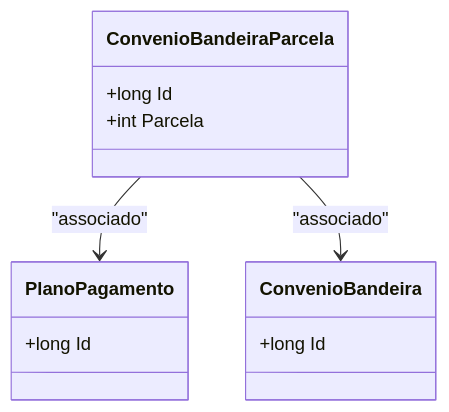
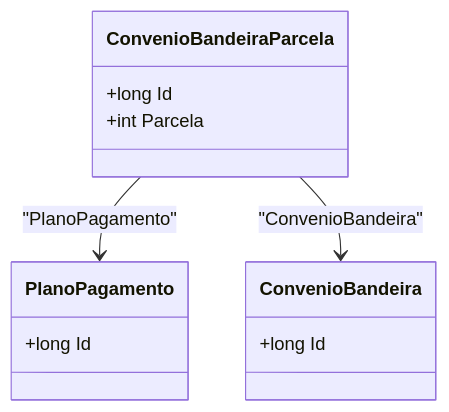
One commit to IsthmusSistemas/documentacao-tecnica changed the diagram in docs/b2b-dominio/IsthmusWinthor.Nucleo/IsthmusWinthor.Dominio/Entidades/ConvenioBandeiraParcela.md. Above: the diagram before and after it, drawn with Mermaid. The commit also changed other lines of this file and 882 other files, not shown here.

````diff
--- a/docs/b2b-dominio/IsthmusWinthor.Nucleo/IsthmusWinthor.Dominio/Entidades/ConvenioBandeiraParcela.md
+++ b/docs/b2b-dominio/IsthmusWinthor.Nucleo/IsthmusWinthor.Dominio/Entidades/ConvenioBandeiraParcela.md
@@ -31,15 +23,15 @@
 ```mermaid
 classDiagram
     class ConvenioBandeiraParcela {
         +long Id
         +int Parcela
     }
     class PlanoPagamento {
         +long Id
     }
     class ConvenioBandeira {
         +long Id
     }
-    ConvenioBandeiraParcela --> PlanoPagamento : "associado"
-    ConvenioBandeiraParcela --> ConvenioBandeira : "associado"
+    ConvenioBandeiraParcela --> PlanoPagamento : "PlanoPagamento"
+    ConvenioBandeiraParcela --> ConvenioBandeira : "ConvenioBandeira"
 ```
````
